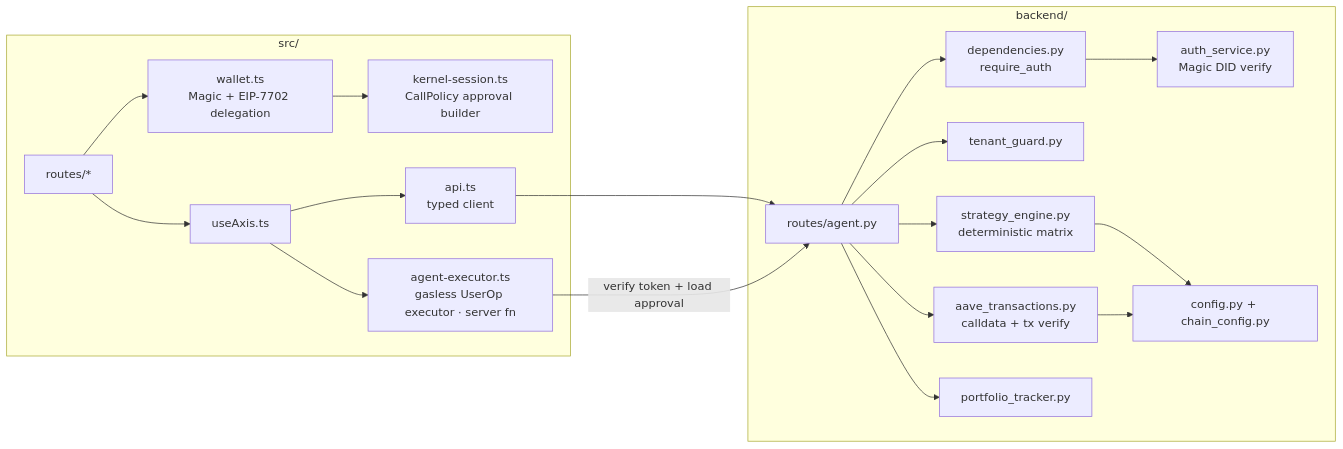
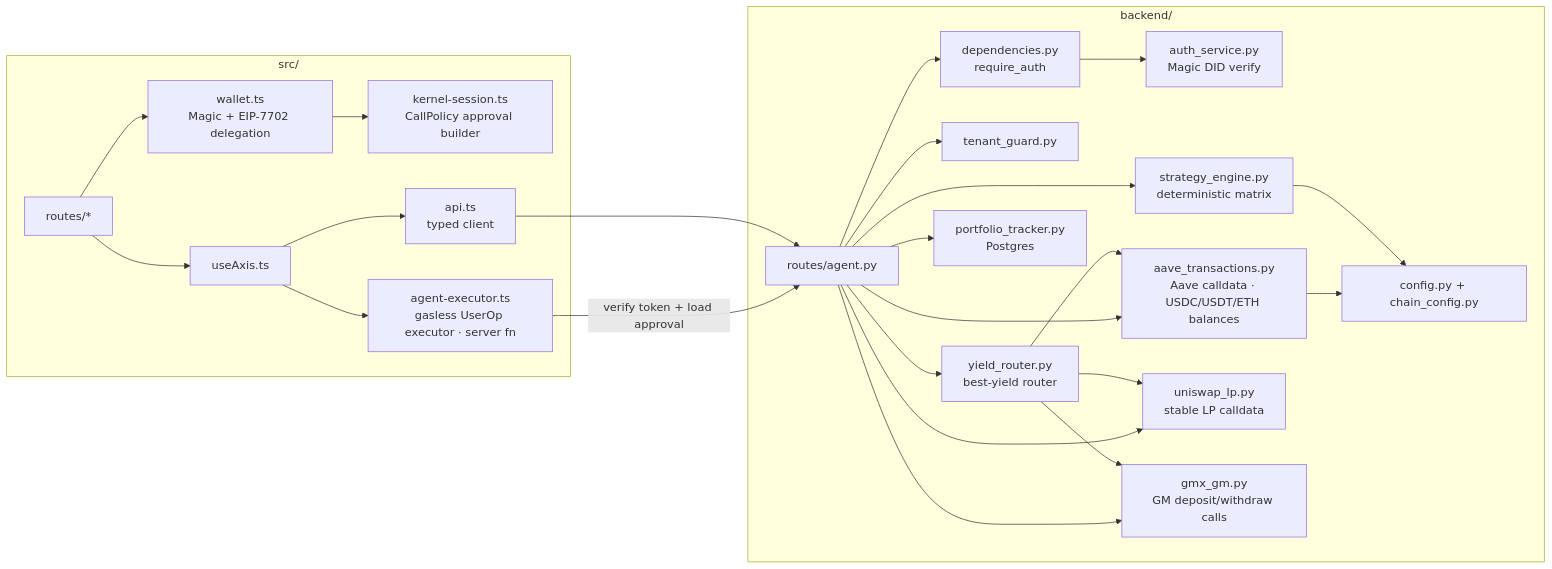
Before and after one commit to henrysammarfo/axis: the second of 10 diagrams in docs/ARCHITECTURE.md, drawn with Mermaid. The commit also changed other lines of this file and 2 other files, not shown here.

First line of the commit message:
Docs: refresh README + ARCHITECTURE + audit for router/venues/Postgres

````diff
--- a/docs/ARCHITECTURE.md
+++ b/docs/ARCHITECTURE.md
@@ -50,35 +56,44 @@
 ```mermaid
 graph LR
   subgraph Frontend [src/]
     WALLET[wallet.ts<br/>Magic + EIP-7702 delegation]
     SESS[kernel-session.ts<br/>CallPolicy approval builder]
     EXEC[agent-executor.ts<br/>gasless UserOp executor · server fn]
     APICLIENT[api.ts<br/>typed client]
     HOOKS[useAxis.ts]
     ROUTES[routes/*]
   end
 
   subgraph Backend [backend/]
     DEP[dependencies.py<br/>require_auth]
     GUARD[tenant_guard.py]
     AUTHS[auth_service.py<br/>Magic DID verify]
     AGENT[routes/agent.py]
     STRAT[strategy_engine.py<br/>deterministic matrix]
-    AAVETX[aave_transactions.py<br/>calldata + tx verify]
-    TRACK[portfolio_tracker.py]
+    ROUTER[yield_router.py<br/>best-yield router]
+    AAVETX[aave_transactions.py<br/>Aave calldata · USDC/USDT/ETH balances]
+    LPTX[uniswap_lp.py<br/>stable LP calldata]
+    GMXTX[gmx_gm.py<br/>GM deposit/withdraw calls]
+    TRACK[portfolio_tracker.py<br/>Postgres]
     CFG[config.py + chain_config.py]
   end
 
   ROUTES --> HOOKS --> APICLIENT --> AGENT
   ROUTES --> WALLET
   WALLET --> SESS
   HOOKS --> EXEC
   EXEC -->|verify token + load approval| AGENT
   AGENT --> DEP --> AUTHS
   AGENT --> GUARD
   AGENT --> STRAT
+  AGENT --> ROUTER
+  ROUTER --> AAVETX
+  ROUTER --> LPTX
+  ROUTER --> GMXTX
   AGENT --> AAVETX
+  AGENT --> LPTX
+  AGENT --> GMXTX
   AGENT --> TRACK
   STRAT --> CFG
   AAVETX --> CFG
 ```
````
